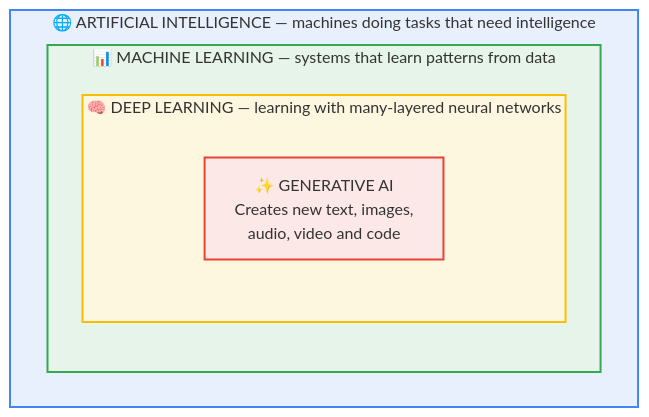
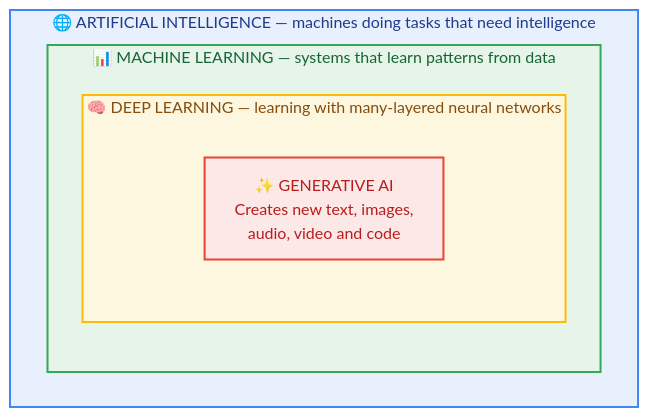
One commit to JunaidSikander/Generative-AI changed the diagram in modules/01-foundations.md. Above: the diagram before and after it, drawn with Mermaid.

Commit message:
Update styles for AI, ML, DL, and GENAI

````diff
--- a/modules/01-foundations.md
+++ b/modules/01-foundations.md
@@ -57,15 +57,15 @@
 ```mermaid
 graph TD
     subgraph AI["🌐 ARTIFICIAL INTELLIGENCE — machines doing tasks that need intelligence"]
         subgraph ML["📊 MACHINE LEARNING — systems that learn patterns from data"]
             subgraph DL["🧠 DEEP LEARNING — learning with many-layered neural networks"]
                 GENAI["✨ GENERATIVE AI<br/>Creates new text, images,<br/>audio, video and code"]
             end
         end
     end
 
-    style AI fill:#e8f0fe,stroke:#4285f4,stroke-width:2px
-    style ML fill:#e6f4ea,stroke:#34a853,stroke-width:2px
-    style DL fill:#fef7e0,stroke:#fbbc04,stroke-width:2px
-    style GENAI fill:#fce8e6,stroke:#ea4335,stroke-width:2px
+    style AI fill:#e8f0fe,stroke:#4285f4,stroke-width:2px,color:#1e3a8a
+    style ML fill:#e6f4ea,stroke:#34a853,stroke-width:2px,color:#166534
+    style DL fill:#fef7e0,stroke:#fbbc04,stroke-width:2px,color:#854d0e
+    style GENAI fill:#fce8e6,stroke:#ea4335,stroke-width:2px,color:#b91c1c
 ```
````
